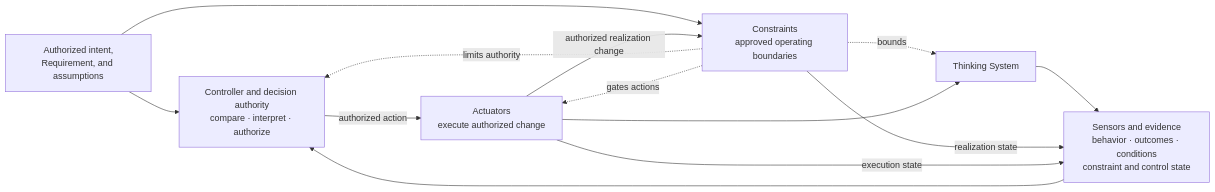
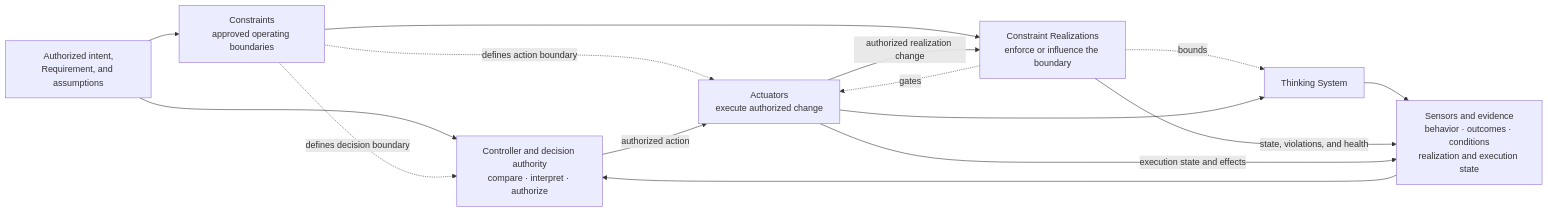
One commit to UncertaintyArchitectureGroup/uncertainty-architecture changed the diagram in README.md. Above: the diagram before and after it, drawn with Mermaid. The commit also changed other lines of this file, not shown here.

Commit message:
docs: expose explicit Constraint Realization in root model

````diff
--- a/README.md
+++ b/README.md
@@ -57,22 +53,25 @@
 ```mermaid
 flowchart LR
     R[Authorized intent,<br/>Requirement, and assumptions]
     K[Constraints<br/>approved operating boundaries]
+    KR[Constraint Realizations<br/>enforce or influence the boundary]
     P[Thinking System]
-    S[Sensors and evidence<br/>behavior · outcomes · conditions<br/>constraint and control state]
+    S[Sensors and evidence<br/>behavior · outcomes · conditions<br/>realization and execution state]
     C[Controller and decision authority<br/>compare · interpret · authorize]
     A[Actuators<br/>execute authorized change]
 
     R --> C
     R --> K
-    K -. bounds .-> P
-    K -. limits authority .-> C
-    K -. gates actions .-> A
+    K --> KR
+    K -. defines decision boundary .-> C
+    K -. defines action boundary .-> A
+    KR -. bounds .-> P
+    KR -. gates .-> A
     P --> S
-    K -->|realization state| S
-    A -->|execution state| S
+    KR -->|state, violations, and health| S
+    A -->|execution state and effects| S
     S --> C
     C -->|authorized action| A
     A --> P
-    A -->|authorized realization change| K
+    A -->|authorized realization change| KR
 ```
````
